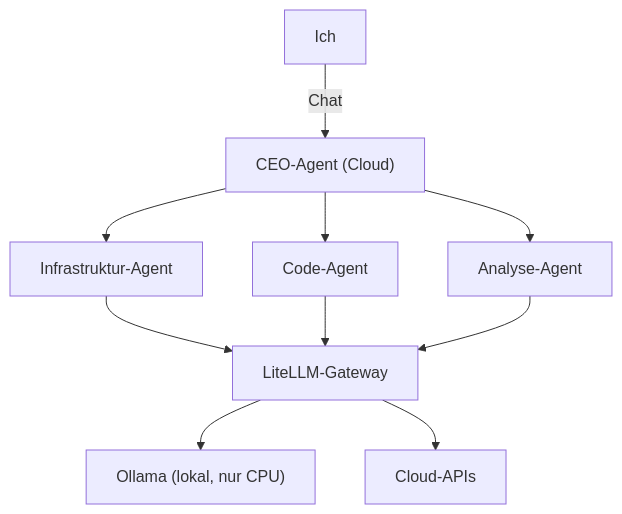
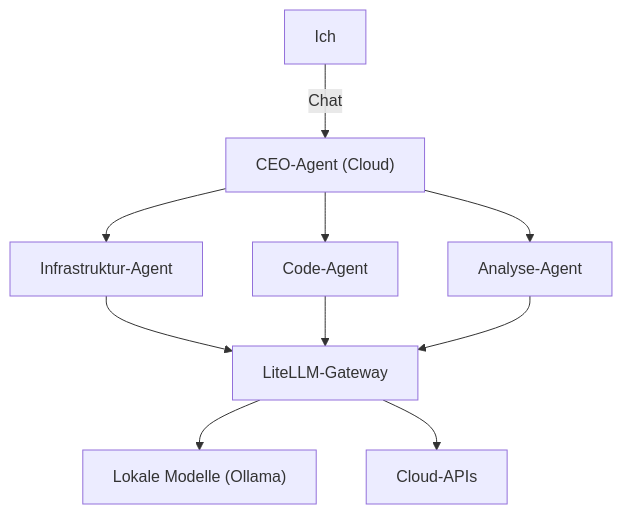
The first of 3 diagrams in src/content/blog/ki-setup-drei-anlaeufe.md (VugasDev/portfolio), drawn with Mermaid before and after one commit. The commit also changed other lines of this file and 2 other files, not shown here.

````diff
--- a/src/content/blog/ki-setup-drei-anlaeufe.md
+++ b/src/content/blog/ki-setup-drei-anlaeufe.md
@@ -33,10 +50,12 @@
 ```mermaid
 flowchart TD
   U["Ich"] -->|"Chat"| CEO["CEO-Agent (Cloud)"]
   CEO --> A1["Infrastruktur-Agent"]
   CEO --> A2["Code-Agent"]
   CEO --> A3["Analyse-Agent"]
-  A1 & A2 & A3 --> GW["LiteLLM-Gateway"]
-  GW --> L["Ollama (lokal, nur CPU)"]
+  A1 --> GW["LiteLLM-Gateway"]
+  A2 --> GW
+  A3 --> GW
+  GW --> L["Lokale Modelle (Ollama)"]
   GW --> C["Cloud-APIs"]
 ```
````
